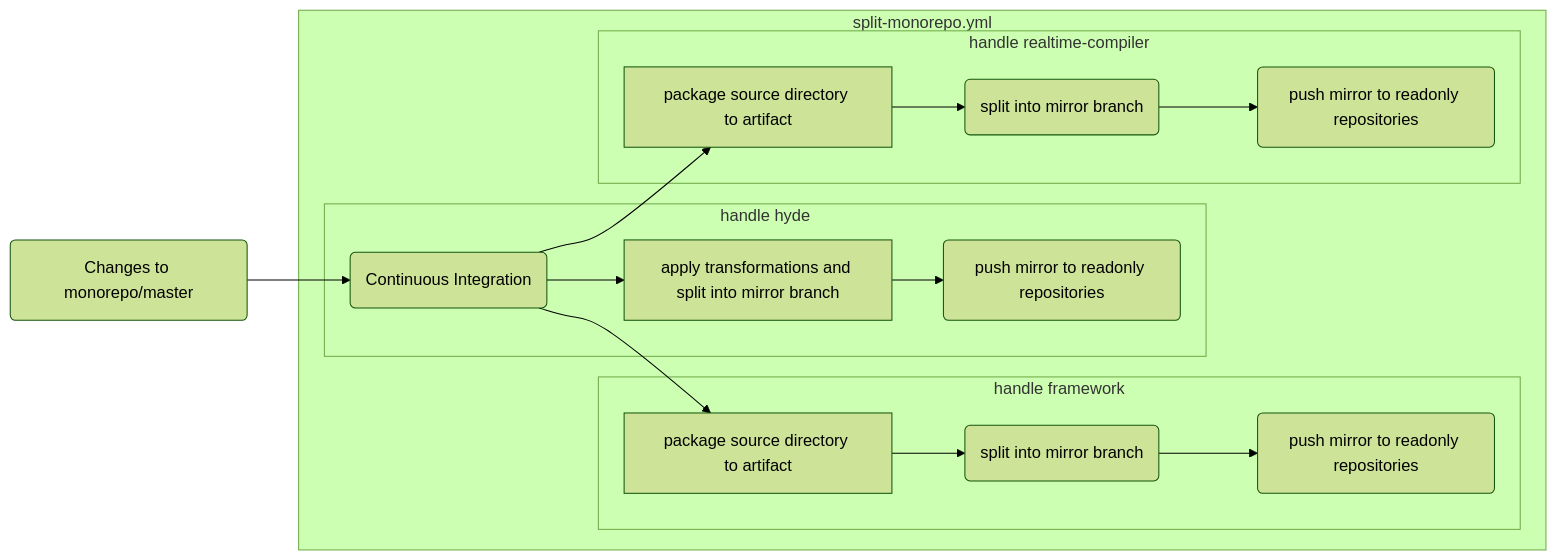
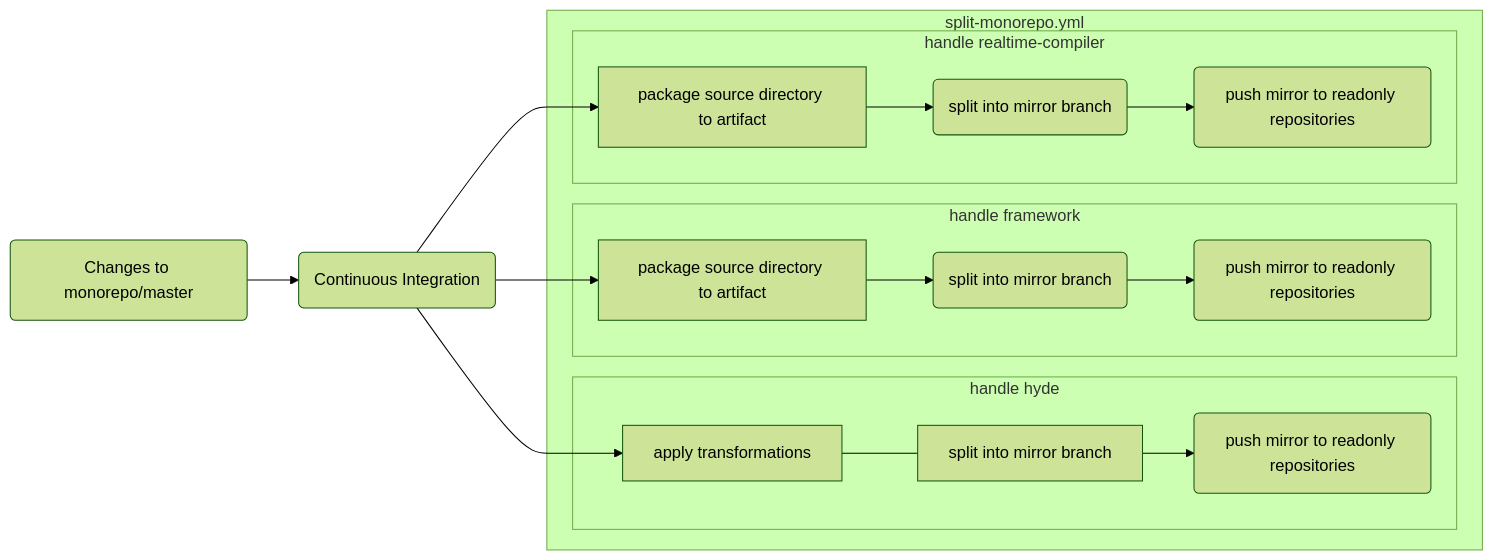
One commit to hydephp/develop changed the diagram in docs/internal/monorepo.md. Above: the diagram before and after it, drawn with Mermaid (forest theme).

Commit message:
Normalize graph layout

````diff
--- a/docs/internal/monorepo.md
+++ b/docs/internal/monorepo.md
@@ -3,16 +3,20 @@
 ```mermaid
 flowchart LR
     p(Changes to monorepo/master) --> ci(Continuous Integration)
    
-    subgraph split-monorepo.yml
-        subgraph handle hyde
-            ci --> shd[apply transformations and split into mirror branch] --> dhd(push mirror to readonly repositories)
+    ci --> phd
+    ci --> pfr
+    ci --> prc
+   
+    subgraph sm[split-monorepo.yml]
+        subgraph hhd[handle hyde]
+             phd[apply transformations] --- shd[split into mirror branch] --> dhd(push mirror to readonly repositories)
         end 
-        subgraph handle framework
-            ci --> pfr[package source directory to artifact] --> sfr(split into mirror branch) --> dfr(push mirror to readonly repositories)
+        subgraph hfr[handle framework]
+            pfr[package source directory to artifact] --> sfr(split into mirror branch) --> dfr(push mirror to readonly repositories)
         end
-        subgraph handle realtime-compiler
-            ci --> prc[package source directory to artifact] --> src(split into mirror branch) --> drc(push mirror to readonly repositories)
+        subgraph hrc[handle realtime-compiler]
+            prc[package source directory to artifact] --> src(split into mirror branch) --> drc(push mirror to readonly repositories)
         end
     end
 ```
````
